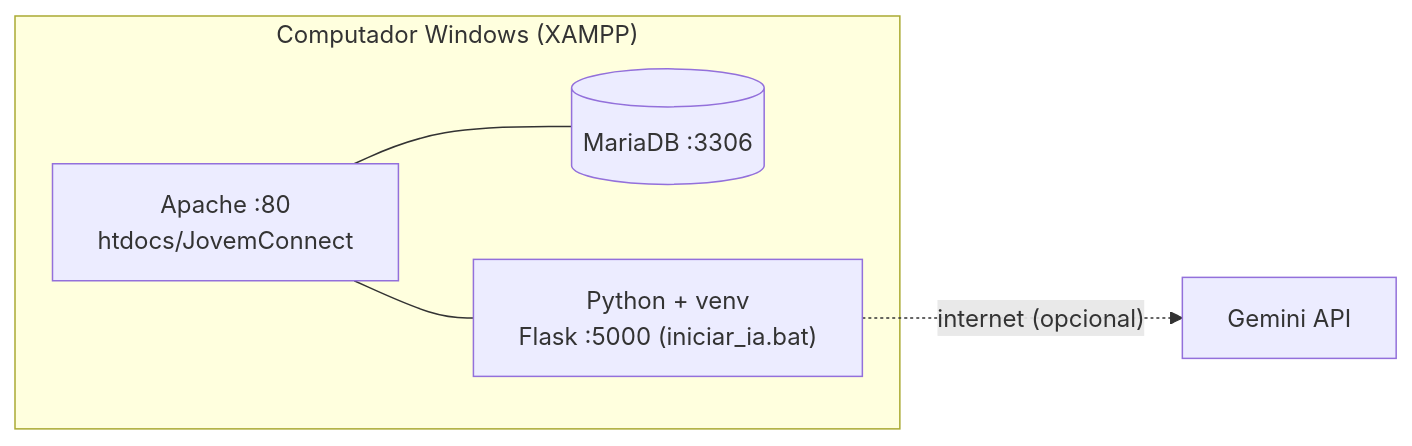
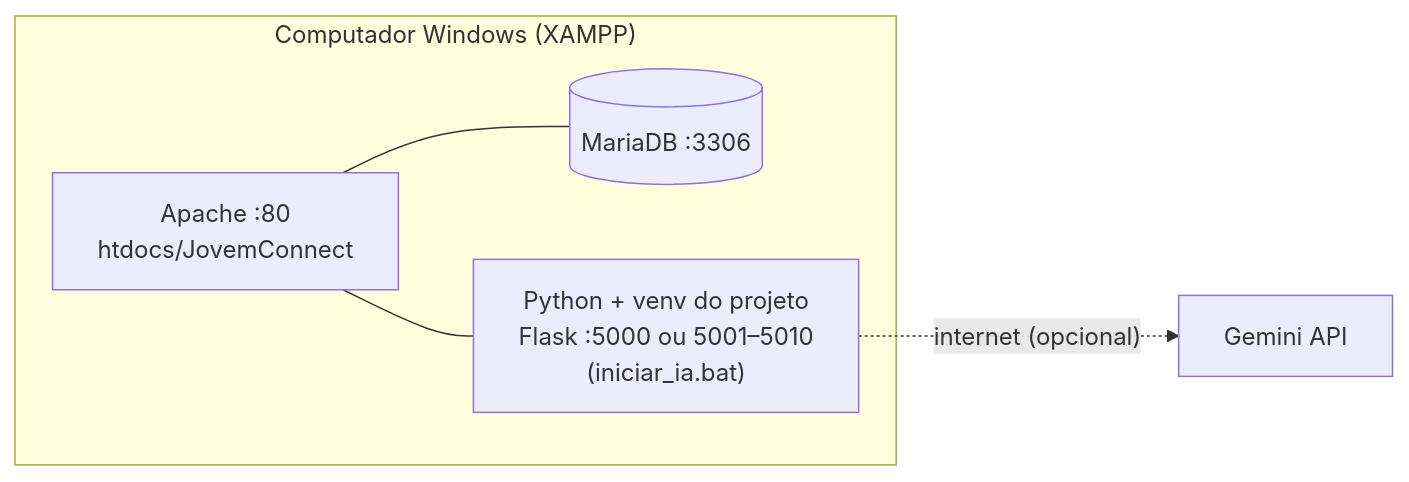
The fourth of 4 diagrams in docs/ARQUITETURA.md (KingTedious/AESTUS), drawn with Mermaid before and after one commit. The commit also changed other lines of this file and 15 other files, not shown here.

````diff
--- a/docs/ARQUITETURA.md
+++ b/docs/ARQUITETURA.md
@@ -275,11 +275,11 @@
 ```mermaid
 flowchart LR
     subgraph W["Computador Windows (XAMPP)"]
         AP["Apache :80<br/>htdocs/JovemConnect"]
         MY[("MariaDB :3306")]
-        PY["Python + venv<br/>Flask :5000 (iniciar_ia.bat)"]
+        PY["Python + venv do projeto<br/>Flask :5000 ou 5001–5010<br/>(iniciar_ia.bat)"]
     end
     AP --- MY
     AP --- PY
     PY -. "internet (opcional)" .-> GEM["Gemini API"]
 ```
````
